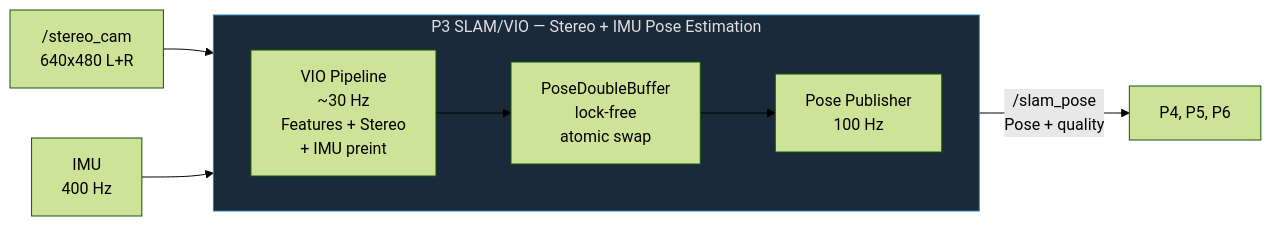
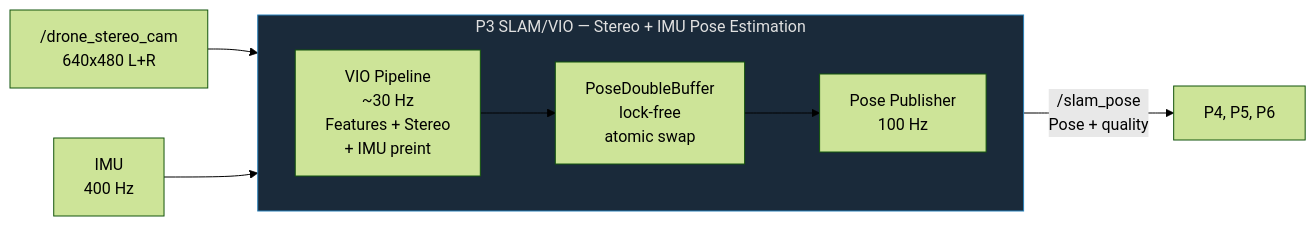
One commit to nmohamaya/companion_software_stack changed the fourth of 9 diagrams in README.md. Above: the diagram before and after it, drawn with Mermaid (forest theme). The commit also changed other lines of this file and 3 other files, not shown here.

````diff
--- a/README.md
+++ b/README.md
@@ -243,17 +243,17 @@
 ```mermaid
 graph LR
     subgraph P3["P3 SLAM/VIO — Stereo + IMU Pose Estimation"]
         direction LR
         VIO["VIO Pipeline\n~30 Hz\nFeatures + Stereo\n+ IMU preint"]
         PDB["PoseDoubleBuffer\nlock-free\natomic swap"]
         Pub["Pose Publisher\n100 Hz"]
 
         VIO --> PDB --> Pub
     end
 
-    StereoCam["/stereo_cam\n640x480 L+R"] --> VIO
+    StereoCam["/drone_stereo_cam\n640x480 L+R"] --> VIO
     IMU["IMU\n400 Hz"] --> VIO
     Pub -->|"/slam_pose\nPose + quality"| P4_5["P4, P5, P6"]
 
     style P3 fill:#1a2a3a,stroke:#2980b9,color:#e0e0e0
 ```
````
